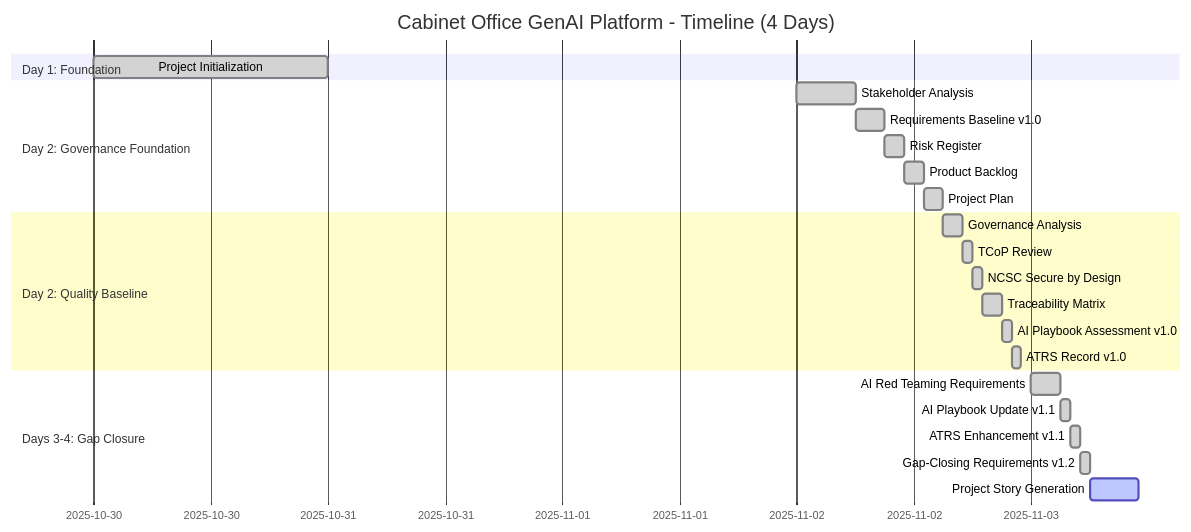
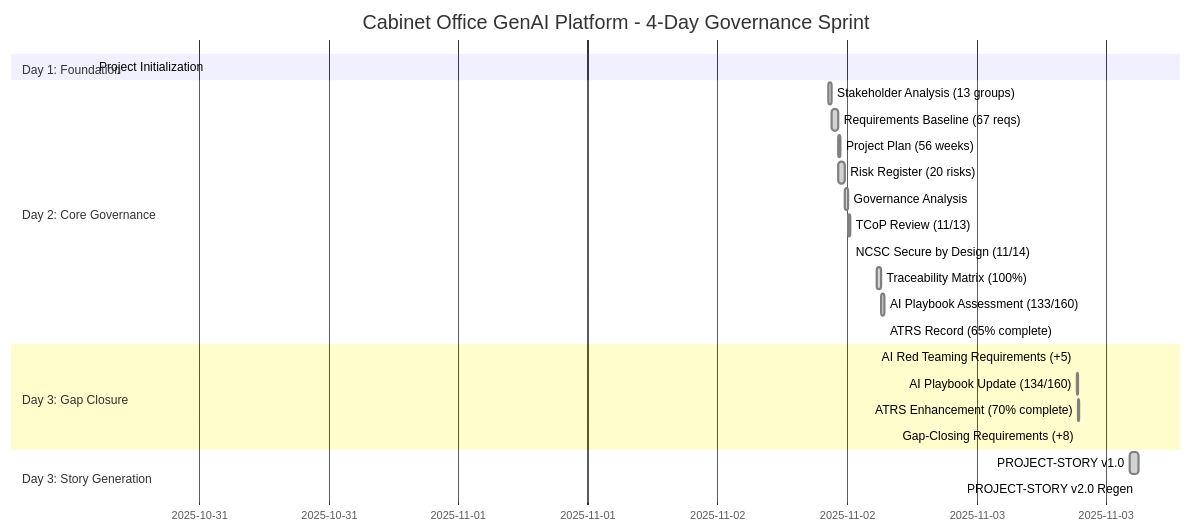
The first of 8 diagrams in projects/001-cabinet-office-genai/PROJECT-STORY.md (tractorjuice/arckit-test-project-v8-cabinet-office-genai), drawn with Mermaid before and after one commit. The commit also changed other lines of this file, not shown here.

First line of the commit message:
feat: PROJECT-STORY.md v3.0 - complete recreation from scratch with comprehensive analysis

````diff
--- a/projects/001-cabinet-office-genai/PROJECT-STORY.md
+++ b/projects/001-cabinet-office-genai/PROJECT-STORY.md
@@ -134,30 +56,30 @@
 ```mermaid
 gantt
-    title Cabinet Office GenAI Platform - Timeline (4 Days)
-    dateFormat YYYY-MM-DD
+    title Cabinet Office GenAI Platform - 4-Day Governance Sprint
+    dateFormat YYYY-MM-DD HH:mm
 
     section Day 1: Foundation
-    Project Initialization              :done, init, 2025-10-30, 1d
+    Project Initialization              :done, init, 2025-10-30 14:15, 1m
 
-    section Day 2: Governance Foundation
-    Stakeholder Analysis               :done, stakeholders, 2025-11-02, 6h
-    Requirements Baseline v1.0         :done, req1, after stakeholders, 3h
-    Risk Register                      :done, risk, after req1, 2h
-    Product Backlog                    :done, backlog, after risk, 2h
-    Project Plan                       :done, plan, after backlog, 2h
+    section Day 2: Core Governance
+    Stakeholder Analysis (13 groups)    :done, stake, 2025-11-02 10:15, 23m
+    Requirements Baseline (67 reqs)     :done, req1, 2025-11-02 10:38, 34m
+    Project Plan (56 weeks)             :done, plan, 2025-11-02 11:12, 12m
+    Risk Register (20 risks)            :done, risk, 2025-11-02 11:12, 35m
+    Governance Analysis                 :done, analysis, 2025-11-02 11:47, 20m
+    TCoP Review (11/13)                 :done, tcop, 2025-11-02 12:07, 11m
+    NCSC Secure by Design (11/14)       :done, secure, 2025-11-02 12:18, 2h26m
+    Traceability Matrix (100%)          :done, trace, 2025-11-02 14:44, 28m
+    AI Playbook Assessment (133/160)    :done, playbook1, 2025-11-02 15:12, 16m
+    ATRS Record (65% complete)          :done, atrs1, 2025-11-02 15:28, 17h48m
 
-    section Day 2: Quality Baseline
-    Governance Analysis                :done, analysis, after plan, 2h
-    TCoP Review                       :done, tcop, after analysis, 1h
-    NCSC Secure by Design             :done, ncsc, after tcop, 1h
-    Traceability Matrix               :done, trace, after ncsc, 2h
-    AI Playbook Assessment v1.0       :done, playbook1, after trace, 1h
-    ATRS Record v1.0                  :done, atrs1, after playbook1, 1h
+    section Day 3: Gap Closure
+    AI Red Teaming Requirements (+5)    :done, redteam, 2025-11-03 09:16, 5m
+    AI Playbook Update (134/160)        :done, playbook2, 2025-11-03 09:21, 5m
+    ATRS Enhancement (70% complete)     :done, atrs2, 2025-11-03 09:26, 7m
+    Gap-Closing Requirements (+8)       :done, req2, 2025-11-03 09:33, 4h39m
 
-    section Days 3-4: Gap Closure
-    AI Red Teaming Requirements       :done, redteam, 2025-11-03, 3h
-    AI Playbook Update v1.1           :done, playbook2, after redteam, 1h
-    ATRS Enhancement v1.1             :done, atrs2, after playbook2, 1h
-    Gap-Closing Requirements v1.2     :done, req2, after atrs2, 1h
-    Project Story Generation          :active, story, after req2, 5h
+    section Day 3: Story Generation
+    PROJECT-STORY v1.0                  :done, story1, 2025-11-03 14:12, 48m
+    PROJECT-STORY v2.0 Regen            :active, story2, 2025-11-03 15:00, 1m
 ```
````
